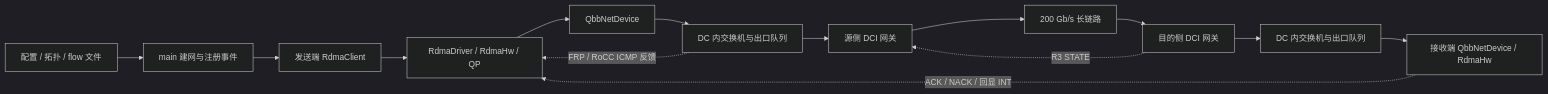
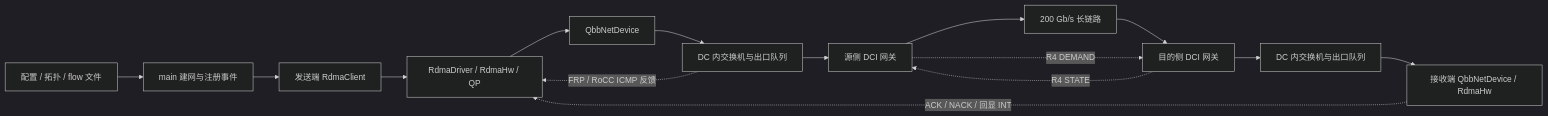
Before and after one commit to cupOfTea18/ns3-datacenter-FRP: the diagram in docs/LonghaulCC_源码阅读与调用链说明_20261006.md, drawn with Mermaid (dark theme). The commit also changed other lines of this file and 18 other files, not shown here.

````diff
--- a/docs/LonghaulCC_源码阅读与调用链说明_20261006.md
+++ b/docs/LonghaulCC_源码阅读与调用链说明_20261006.md
@@ -21,16 +21,17 @@
 ```mermaid
 flowchart LR
     F[配置 / 拓扑 / flow 文件] --> M[main 建网与注册事件]
     M --> A[发送端 RdmaClient]
     A --> H[RdmaDriver / RdmaHw / QP]
     H --> N[QbbNetDevice]
     N --> S[DC 内交换机与出口队列]
     S --> G1[源侧 DCI 网关]
     G1 --> W[200 Gb/s 长链路]
     W --> G2[目的侧 DCI 网关]
     G2 --> S2[DC 内交换机与出口队列]
     S2 --> R[接收端 QbbNetDevice / RdmaHw]
     R -. ACK / NACK / 回显 INT .-> H
     S -. FRP / RoCC ICMP 反馈 .-> H
-    G2 -. R3 STATE .-> G1
+    G2 -. R4 STATE .-> G1
+    G1 -. R4 DEMAND .-> G2
 ```
````
